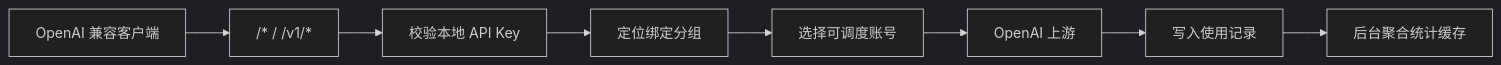
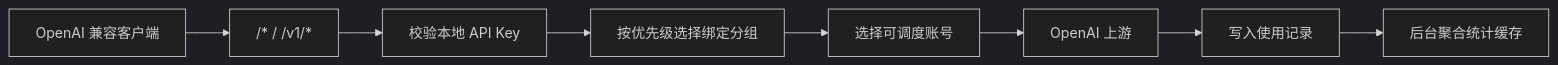
Before and after one commit to huanmin123/juhe-ai: the second of 3 diagrams in docs/architecture/backend/README.md, drawn with Mermaid (dark theme). The commit also changed other lines of this file and 69 other files, not shown here.

````diff
--- a/docs/architecture/backend/README.md
+++ b/docs/architecture/backend/README.md
@@ -107,10 +107,10 @@
 ```mermaid
 flowchart LR
   Client["OpenAI 兼容客户端"] --> Gateway["/* / /v1/*"]
   Gateway --> Key["校验本地 API Key"]
-  Key --> Group["定位绑定分组"]
+  Key --> Group["按优先级选择绑定分组"]
   Group --> Account["选择可调度账号"]
   Account --> Upstream["OpenAI 上游"]
   Upstream --> Usage["写入使用记录"]
   Usage --> Stats["后台聚合统计缓存"]
 ```
````
